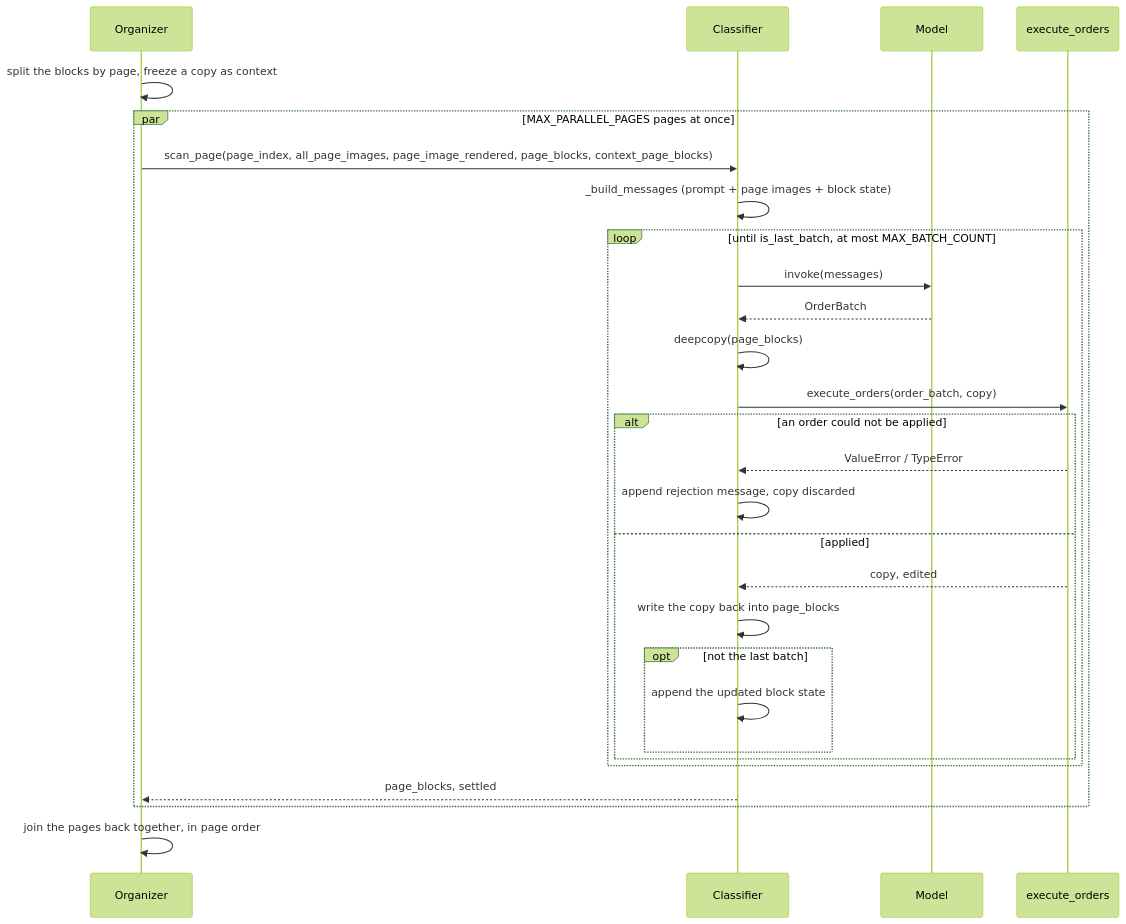
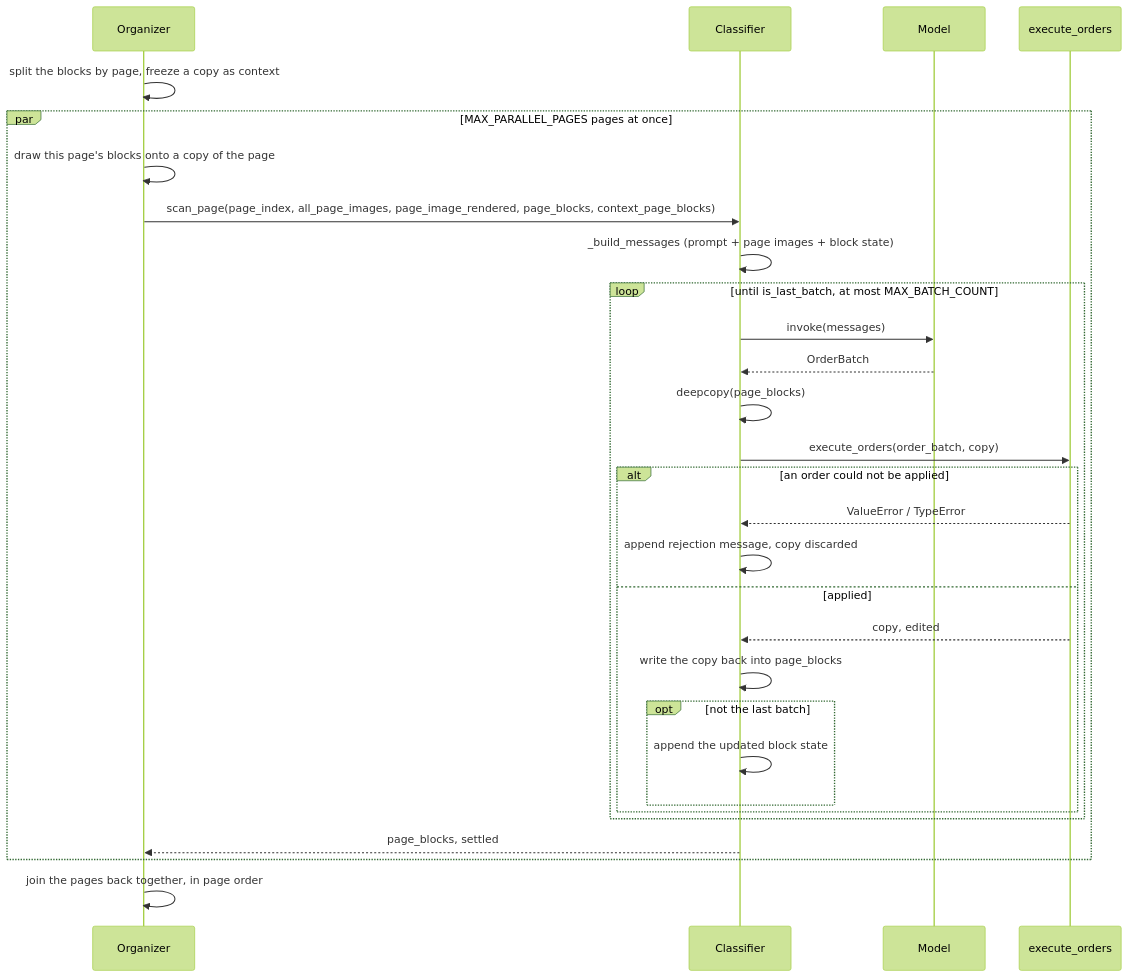
Before and after one commit to konbraphat51/SuperSuat: the second of 3 diagrams in Uploader/OcrModule/Blocked/Docs/StructureOrganizer.md, drawn with Mermaid (forest theme). The commit also changed other lines of this file and 28 other files, not shown here.

````diff
--- a/Uploader/OcrModule/Blocked/Docs/StructureOrganizer.md
+++ b/Uploader/OcrModule/Blocked/Docs/StructureOrganizer.md
@@ -120,30 +132,31 @@
 ```mermaid
 sequenceDiagram
     participant Organizer
     participant Classifier
     participant Model
     participant Executor as execute_orders
     Organizer->>Organizer: split the blocks by page, freeze a copy as context
     par MAX_PARALLEL_PAGES pages at once
+    Organizer->>Organizer: draw this page's blocks onto a copy of the page
     Organizer->>Classifier: scan_page(page_index, all_page_images, page_image_rendered, page_blocks, context_page_blocks)
     Classifier->>Classifier: _build_messages (prompt + page images + block state)
     loop until is_last_batch, at most MAX_BATCH_COUNT
         Classifier->>Model: invoke(messages)
         Model-->>Classifier: OrderBatch
         Classifier->>Classifier: deepcopy(page_blocks)
         Classifier->>Executor: execute_orders(order_batch, copy)
         alt an order could not be applied
             Executor-->>Classifier: ValueError / TypeError
             Classifier->>Classifier: append rejection message, copy discarded
         else applied
             Executor-->>Classifier: copy, edited
             Classifier->>Classifier: write the copy back into page_blocks
             opt not the last batch
                 Classifier->>Classifier: append the updated block state
             end
         end
     end
     Classifier-->>Organizer: page_blocks, settled
     end
     Organizer->>Organizer: join the pages back together, in page order
 ```
````
